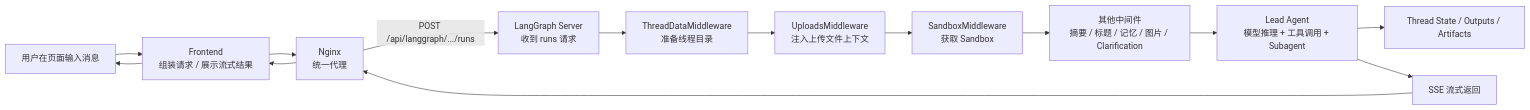
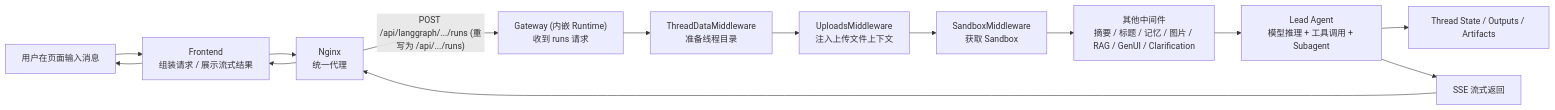
Before and after one commit to bytedance/deer-flow: the second of 10 diagrams in docs/DeerFlow 内部工程培训与开发手册.md, drawn with Mermaid. The commit also changed other lines of this file and 11 other files, not shown here.

````diff
--- a/docs/DeerFlow 内部工程培训与开发手册.md
+++ b/docs/DeerFlow 内部工程培训与开发手册.md
@@ -202,32 +196,32 @@
 ```mermaid
 flowchart LR
     U["用户在页面输入消息"]
     F["Frontend
 组装请求 / 展示流式结果"]
     N["Nginx
 统一代理"]
-    L["LangGraph Server
+    G["Gateway (内嵌 Runtime)
 收到 runs 请求"]
     M1["ThreadDataMiddleware
 准备线程目录"]
     M2["UploadsMiddleware
 注入上传文件上下文"]
     M3["SandboxMiddleware
 获取 Sandbox"]
     M4["其他中间件
-摘要 / 标题 / 记忆 / 图片 / Clarification"]
+摘要 / 标题 / 记忆 / 图片 / RAG / GenUI / Clarification"]
     A["Lead Agent
 模型推理 + 工具调用 + Subagent"]
     T["Thread State / Outputs / Artifacts"]
     S["SSE 流式返回"]
 
     U --> F
     F --> N
-    N -->|"POST /api/langgraph/.../runs"| L
-    L --> M1 --> M2 --> M3 --> M4 --> A
+    N -->|"POST /api/langgraph/.../runs (重写为 /api/.../runs)"| G
+    G --> M1 --> M2 --> M3 --> M4 --> A
     A --> T
     A --> S
     S --> N
     N --> F
     F --> U
 ```
````
